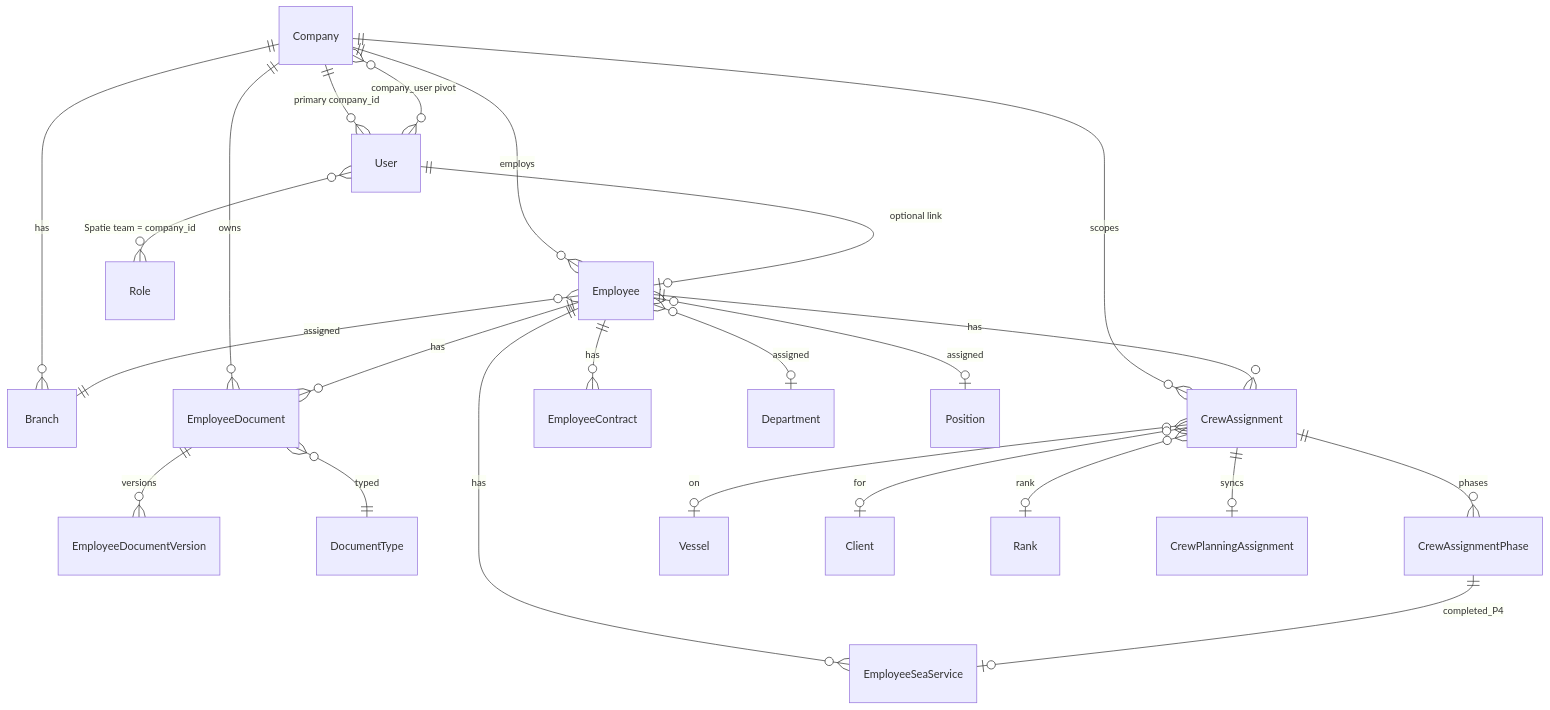
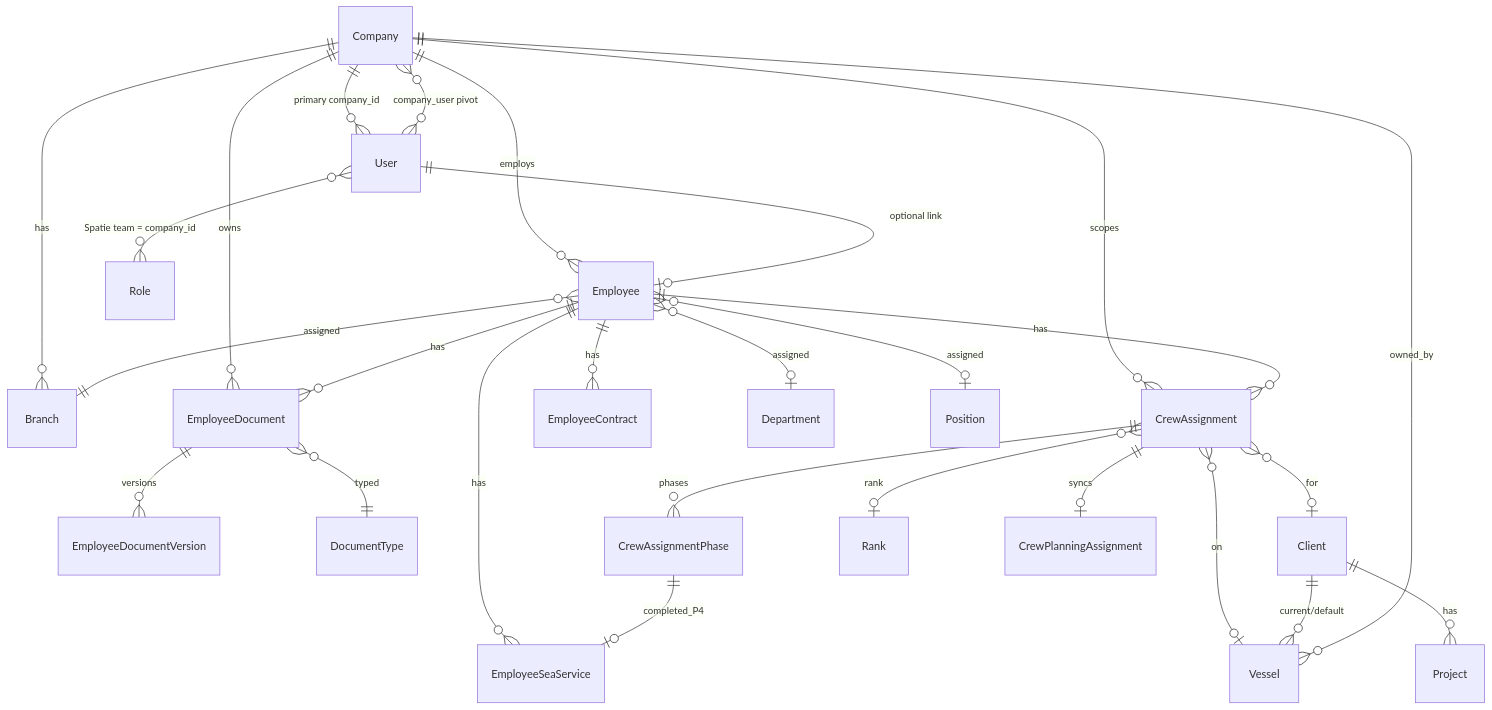
The first of 8 diagrams in docs/architecture/domains.md (rabil007/HRM), drawn with Mermaid before and after one commit. The commit also changed other lines of this file and 45 other files, not shown here.

````diff
--- a/docs/architecture/domains.md
+++ b/docs/architecture/domains.md
@@ -11,30 +11,34 @@
 ```mermaid
 erDiagram
     Company ||--o{ Branch : has
     Company ||--o{ Employee : employs
     Company ||--o{ User : "primary company_id"
     Company }o--o{ User : "company_user pivot"
     Company ||--o{ EmployeeDocument : owns
     Company ||--o{ CrewAssignment : scopes
 
     User ||--o| Employee : "optional link"
     User }o--o{ Role : "Spatie team = company_id"
 
     Employee ||--o{ EmployeeDocument : has
     Employee ||--o{ CrewAssignment : has
     Employee ||--o{ EmployeeContract : has
     Employee ||--o{ EmployeeSeaService : has
     Employee }o--|| Branch : assigned
     Employee }o--o| Department : assigned
     Employee }o--o| Position : assigned
 
     EmployeeDocument ||--o{ EmployeeDocumentVersion : versions
     EmployeeDocument }o--|| DocumentType : typed
 
     CrewAssignment ||--o{ CrewAssignmentPhase : phases
     CrewAssignment }o--o| Vessel : on
     CrewAssignment }o--o| Client : for
     CrewAssignment }o--o| Rank : rank
     CrewAssignment ||--o| CrewPlanningAssignment : syncs
     CrewAssignmentPhase ||--o| EmployeeSeaService : completed_P4
+
+    Client ||--o{ Project : has
+    Client ||--o{ Vessel : "current/default"
+    Vessel }o--|| Company : owned_by
 ```
````
